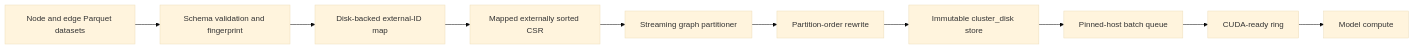
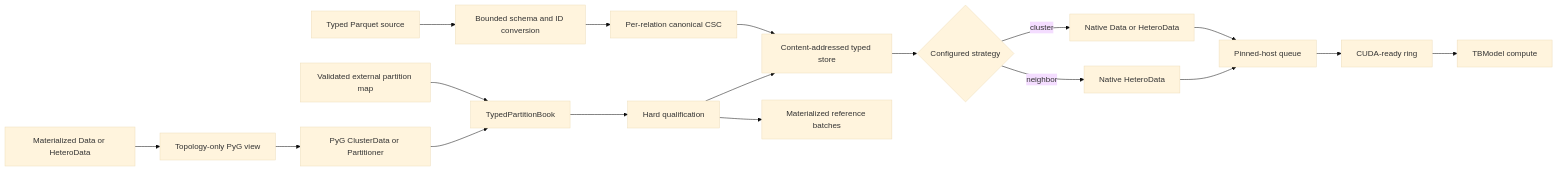
The diagram in docs/plans/2026-07-31-parquet-graph-ingestion-streaming-design.md (geometric-intelligence/TopoBench), drawn with Mermaid (base theme) before and after one commit. The commit also changed other lines of this file and 232 other files, not shown here.

Commit message:
feat: add scalable heterogeneous graph framework

````diff
--- a/docs/plans/2026-07-31-parquet-graph-ingestion-streaming-design.md
+++ b/docs/plans/2026-07-31-parquet-graph-ingestion-streaming-design.md
@@ -127,12 +180,20 @@
 ```mermaid
 flowchart LR
-  P[Node and edge Parquet datasets] --> I[Schema validation and fingerprint]
-  I --> M[Disk-backed external-ID map]
-  M --> C[Mapped externally sorted CSR]
-  C --> F[Streaming graph partitioner]
-  F --> R[Partition-order rewrite]
-  R --> S[Immutable cluster_disk store]
-  S --> H[Pinned-host batch queue]
+  P[Typed Parquet source] --> I[Bounded schema and ID conversion]
+  I --> C[Per-relation canonical CSC]
+  M[Materialized Data or HeteroData] --> T[Topology-only PyG view]
+  T --> G[PyG ClusterData or Partitioner]
+  E[Validated external partition map] --> B[TypedPartitionBook]
+  G --> B
+  C --> S[Content-addressed typed store]
+  B --> Q[Hard qualification]
+  Q --> R[Materialized reference batches]
+  Q --> S
+  S --> A{Configured strategy}
+  A -->|cluster| HD[Native Data or HeteroData]
+  A -->|neighbor| HT[Native HeteroData]
+  HD --> H[Pinned-host queue]
+  HT --> H
   H --> D[CUDA-ready ring]
-  D --> G[Model compute]
+  D --> X[TBModel compute]
 ```
````
